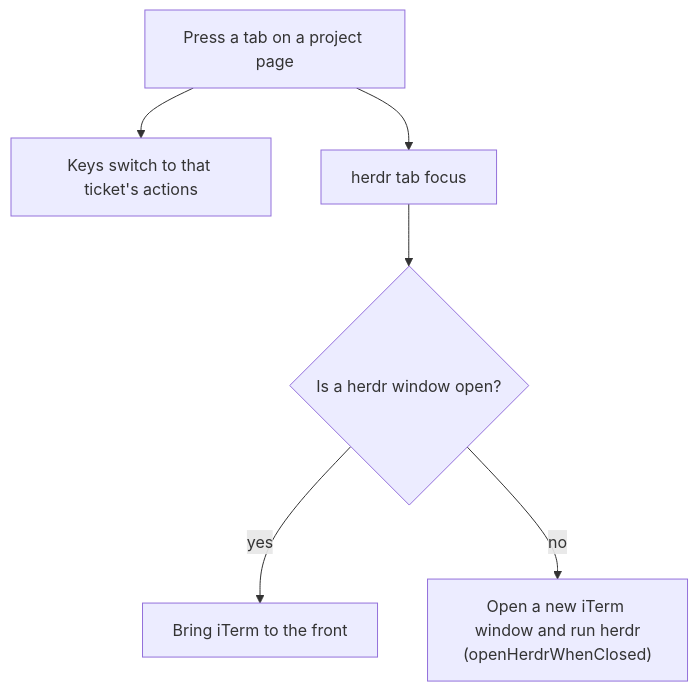
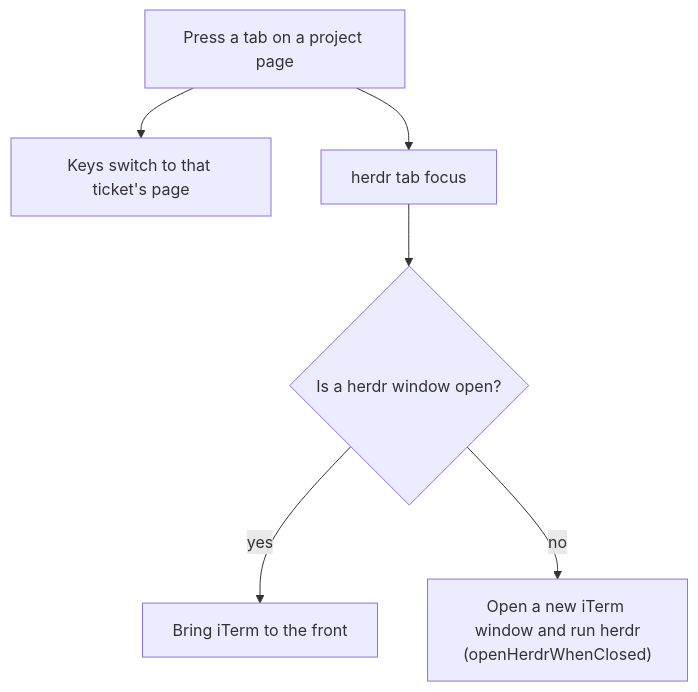
Before and after one commit to PieterLuypaert/helm: the third of 7 diagrams in docs/flows.md, drawn with Mermaid. The commit also changed other lines of this file and 2 other files, not shown here.

````diff
--- a/docs/flows.md
+++ b/docs/flows.md
@@ -32,8 +68,8 @@
 ```mermaid
 flowchart TD
-    press["Press a tab on a project page"] --> keys["Keys switch to that ticket's actions"]
+    press["Press a tab on a project page"] --> keys["Keys switch to that ticket's page"]
     press --> focus["herdr tab focus"]
     focus --> window{"Is a herdr window open?"}
     window -->|yes| front["Bring iTerm to the front"]
     window -->|no| open["Open a new iTerm window and run herdr<br/>(openHerdrWhenClosed)"]
 ```
````
